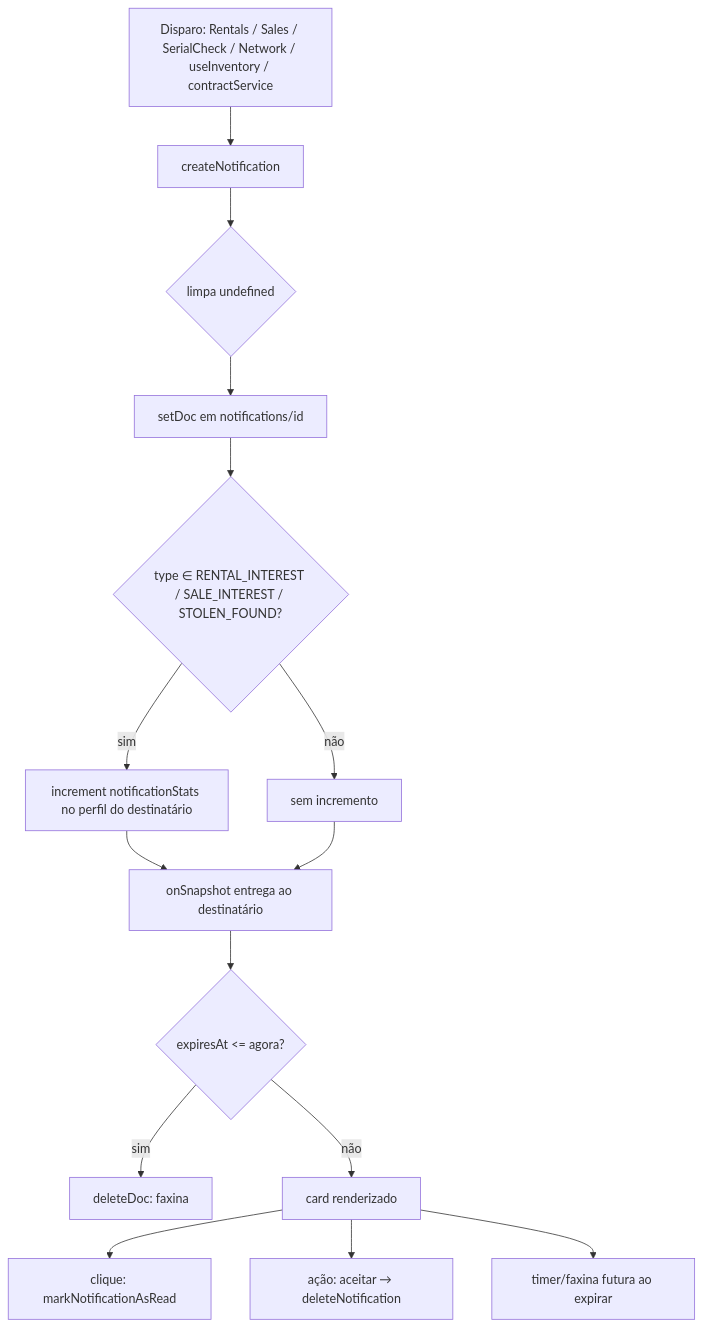
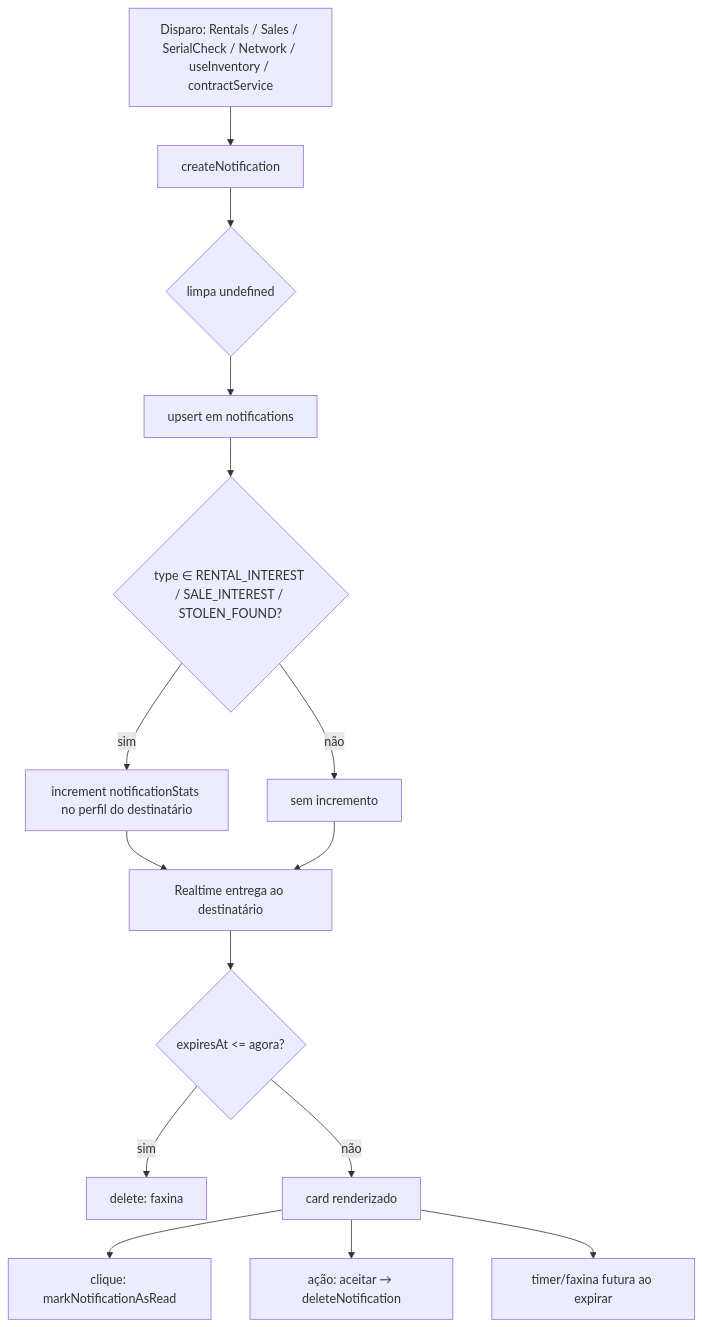
One commit to oziaudiovisual/cinesafe changed the second of 2 diagrams in docs/features/notifications.md. Above: the diagram before and after it, drawn with Mermaid. The commit also changed other lines of this file and 10 other files, not shown here.

````diff
--- a/docs/features/notifications.md
+++ b/docs/features/notifications.md
@@ -250,17 +253,17 @@
 ```mermaid
 flowchart TD
     A[Disparo: Rentals / Sales / SerialCheck / Network / useInventory / contractService] --> B[createNotification]
     B --> C{limpa undefined}
-    C --> D[setDoc em notifications/id]
+    C --> D[upsert em notifications]
     D --> E{type ∈ RENTAL_INTEREST / SALE_INTEREST / STOLEN_FOUND?}
     E -- sim --> F[increment notificationStats no perfil do destinatário]
     E -- não --> G[sem incremento]
-    F --> H[onSnapshot entrega ao destinatário]
+    F --> H[Realtime entrega ao destinatário]
     G --> H
     H --> I{expiresAt <= agora?}
-    I -- sim --> J[deleteDoc: faxina]
+    I -- sim --> J[delete: faxina]
     I -- não --> K[card renderizado]
     K --> L[clique: markNotificationAsRead]
     K --> M[ação: aceitar → deleteNotification]
     K --> N[timer/faxina futura ao expirar]
 ```
````
